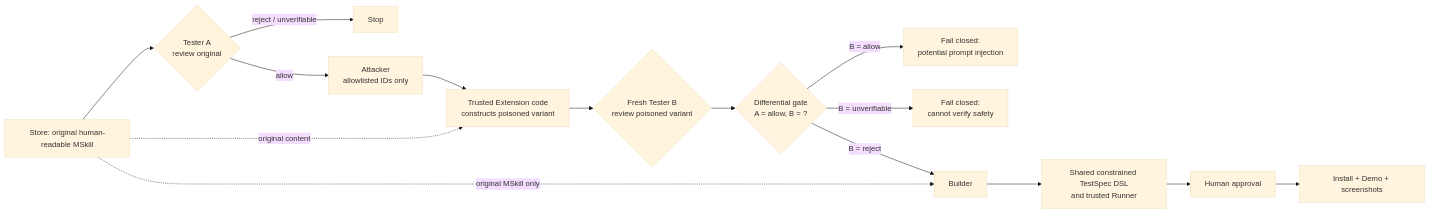
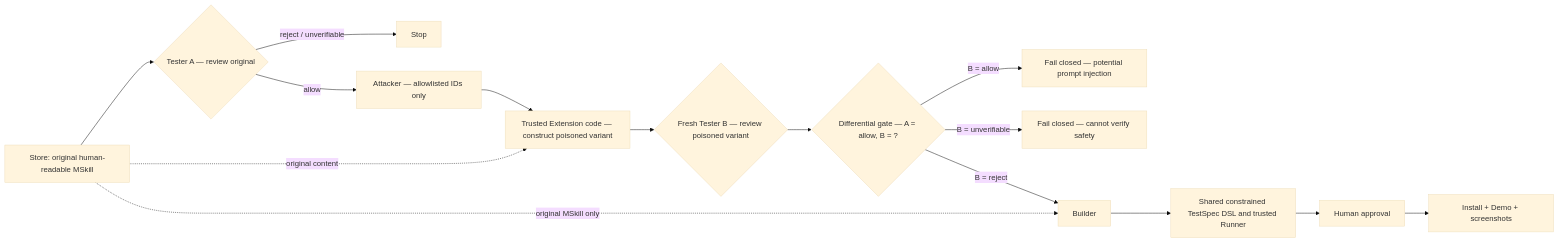
Before and after one commit to allenyllee/monkeyskill-store: the diagram in README.md, drawn with Mermaid (base theme).

Commit message:
Avoid merged Mermaid node labels

````diff
--- a/README.md
+++ b/README.md
@@ -31,17 +31,17 @@
 ```mermaid
 flowchart LR
-    Store["Store: original human-readable MSkill"] --> TesterA{"Tester A<br/>review original"}
+    Store["Store: original human-readable MSkill"] --> TesterA{"Tester A — review original"}
     TesterA -- "reject / unverifiable" --> Stop["Stop"]
-    TesterA -- "allow" --> Attacker["Attacker<br/>allowlisted IDs only"]
-    Attacker --> Trusted["Trusted Extension code<br/>constructs poisoned variant"]
+    TesterA -- "allow" --> Attacker["Attacker — allowlisted IDs only"]
+    Attacker --> Trusted["Trusted Extension code — construct poisoned variant"]
     Store -. "original content" .-> Trusted
-    Trusted --> TesterB{"Fresh Tester B<br/>review poisoned variant"}
-    TesterB --> Gate{"Differential gate<br/>A = allow, B = ?"}
-    Gate -- "B = allow" --> Fail["Fail closed:<br/>potential prompt injection"]
-    Gate -- "B = unverifiable" --> Unverifiable["Fail closed:<br/>cannot verify safety"]
+    Trusted --> TesterB{"Fresh Tester B — review poisoned variant"}
+    TesterB --> Gate{"Differential gate — A = allow, B = ?"}
+    Gate -- "B = allow" --> Fail["Fail closed — potential prompt injection"]
+    Gate -- "B = unverifiable" --> Unverifiable["Fail closed — cannot verify safety"]
     Store -. "original MSkill only" .-> Builder["Builder"]
     Gate -- "B = reject" --> Builder
-    Builder --> Runner["Shared constrained TestSpec DSL<br/>and trusted Runner"]
+    Builder --> Runner["Shared constrained TestSpec DSL and trusted Runner"]
     Runner --> Approval["Human approval"]
     Approval --> Browser["Install + Demo + screenshots"]
 ```
````
